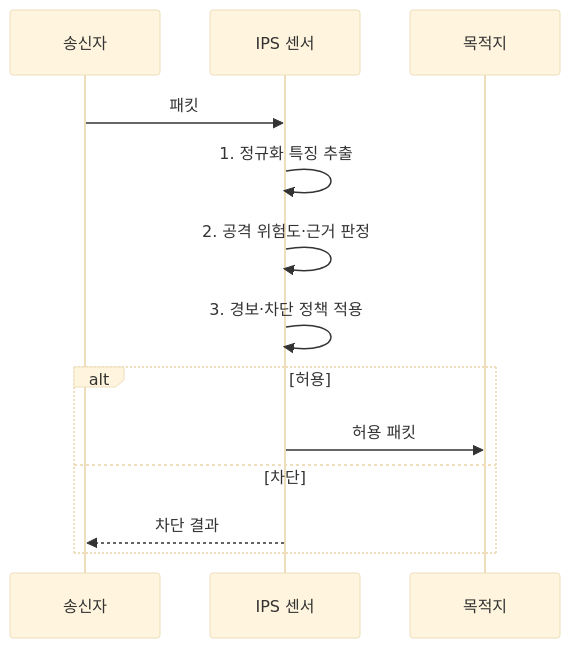
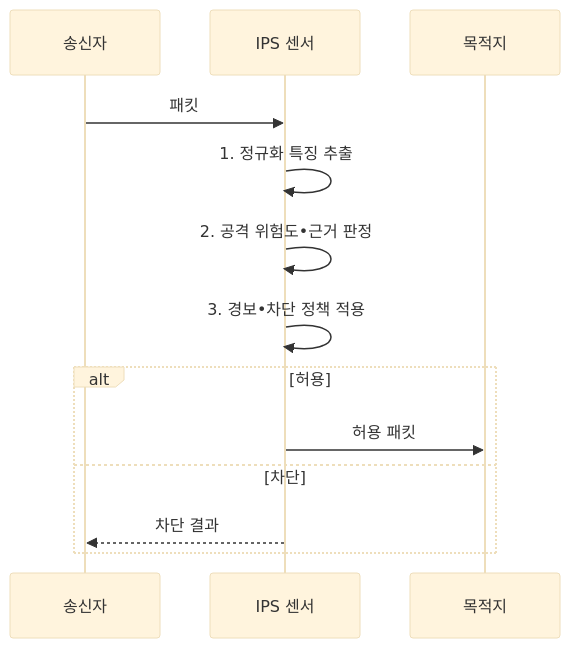
Before and after one commit to agnusdei1207/knowledge-base: the second of 2 diagrams in src/content/docs/notes/05-security/023_ids_ips.md, drawn with Mermaid (base theme). The commit also changed other lines of this file and 953 other files, not shown here.

````diff
--- a/src/content/docs/notes/05-security/023_ids_ips.md
+++ b/src/content/docs/notes/05-security/023_ids_ips.md
@@ -102,15 +102,15 @@
 ```mermaid
 sequenceDiagram
     participant S as 송신자
     participant I as IPS 센서
     participant D as 목적지
     S->>I: 패킷
     I->>I: 1. 정규화 특징 추출
-    I->>I: 2. 공격 위험도·근거 판정
-    I->>I: 3. 경보·차단 정책 적용
+    I->>I: 2. 공격 위험도•근거 판정
+    I->>I: 3. 경보•차단 정책 적용
     alt 허용
         I->>D: 허용 패킷
     else 차단
         I-->>S: 차단 결과
     end
 ```
````
